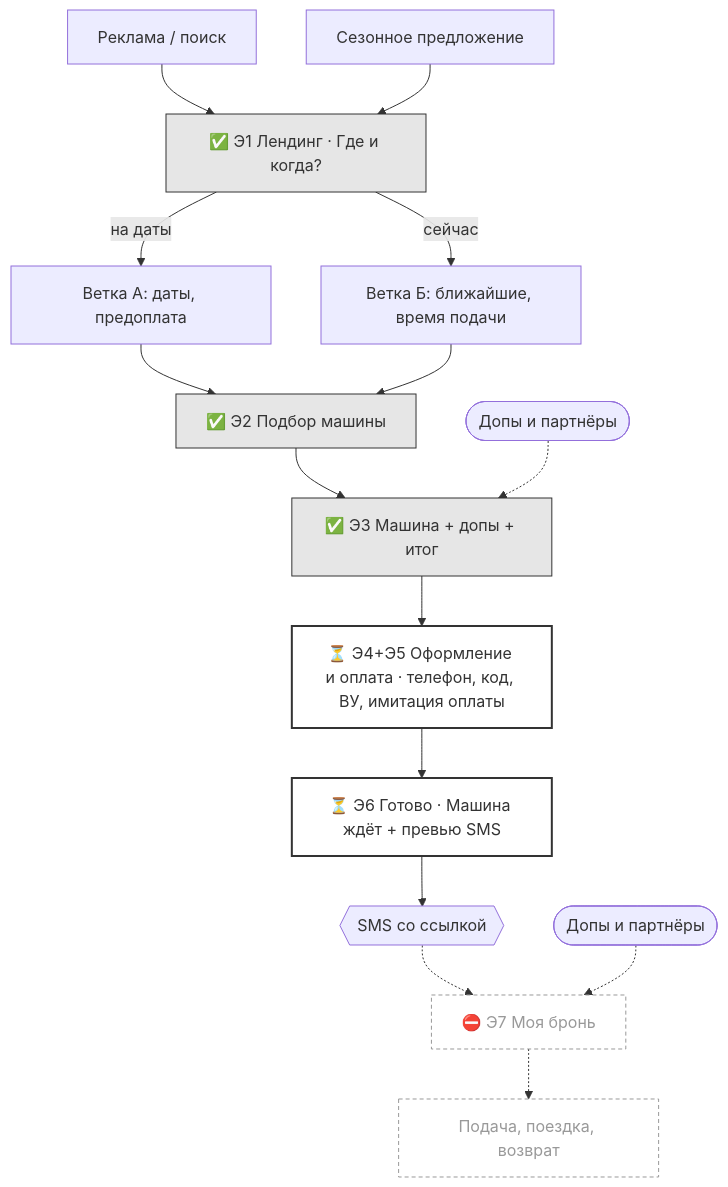
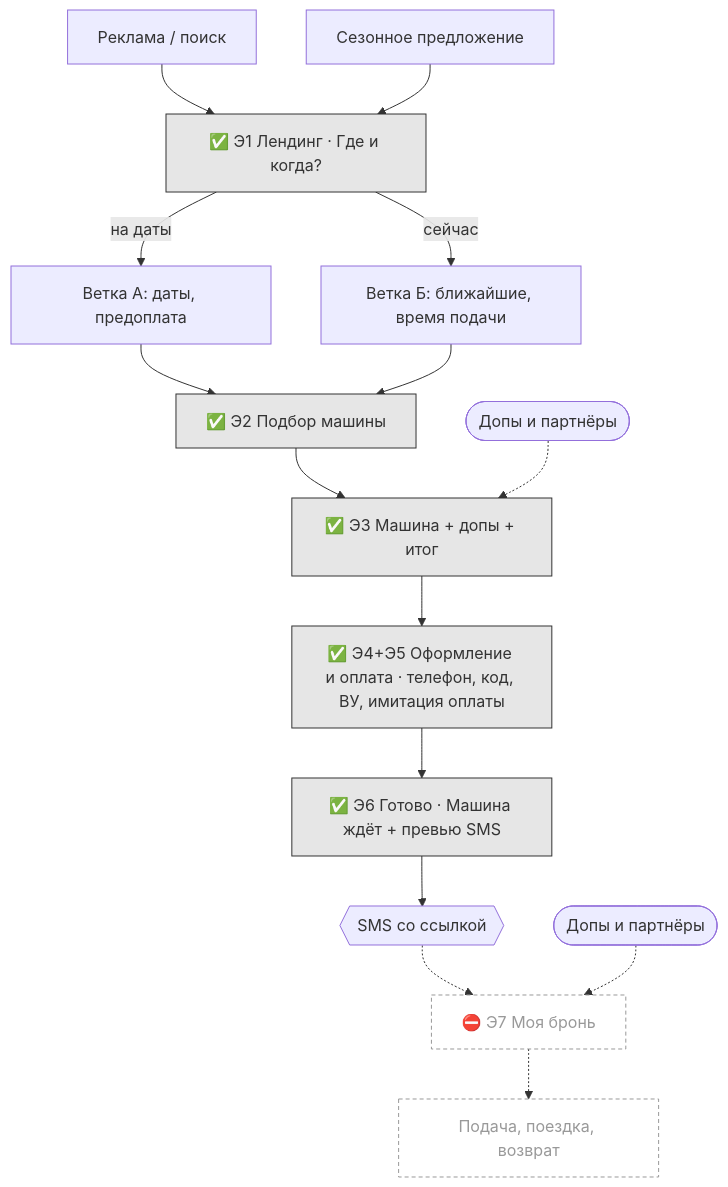
The diagram in project/customer-journey.md (timurworkout/concepts-hero), drawn with Mermaid before and after one commit. The commit also changed other lines of this file and 2 other files, not shown here.

Commit message:
Э4: оформление и оплата (вход по SMS или через банк, скан ВУ, таймер «Сейчас»); Э6: Машина ждёт с превью SMS; заглушка Моей брони

````diff
--- a/project/customer-journey.md
+++ b/project/customer-journey.md
@@ -104,23 +104,22 @@
 ```mermaid
 flowchart TD
   IN[Реклама / поиск] --> E1
   SEZ[Сезонное предложение] --> E1
   E1["✅ Э1 Лендинг · Где и когда?"] -->|на даты| A[Ветка А: даты, предоплата]
   E1 -->|сейчас| B[Ветка Б: ближайшие, время подачи]
   A --> E2
   B --> E2
   E2["✅ Э2 Подбор машины"] --> E3["✅ Э3 Машина + допы + итог"]
   P1([Допы и партнёры]) -.-> E3
-  E3 --> E45["⏳ Э4+Э5 Оформление и оплата · телефон, код, ВУ, имитация оплаты"]
-  E45 --> E6["⏳ Э6 Готово · Машина ждёт + превью SMS"]
+  E3 --> E45["✅ Э4+Э5 Оформление и оплата · телефон, код, ВУ, имитация оплаты"]
+  E45 --> E6["✅ Э6 Готово · Машина ждёт + превью SMS"]
   E6 --> SMS{{SMS со ссылкой}}
   SMS -.-> E7["⛔ Э7 Моя бронь"]
   P2([Допы и партнёры]) -.-> E7
   E7 -.-> G[Подача, поездка, возврат]
   classDef done fill:#e6e6e6,stroke:#333
   classDef todo fill:#fff,stroke:#333,stroke-width:2px
   classDef out fill:#fff,stroke:#999,stroke-dasharray:4 3,color:#999
-  class E1,E2,E3 done
-  class E45,E6 todo
+  class E1,E2,E3,E45,E6 done
   class E7,G out
 ```
````
